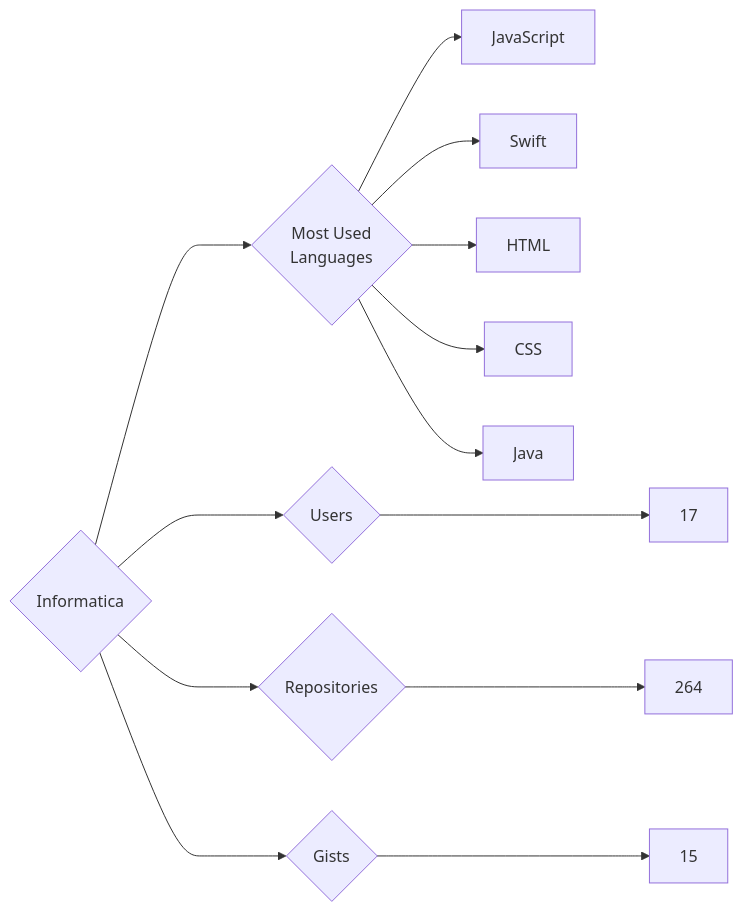
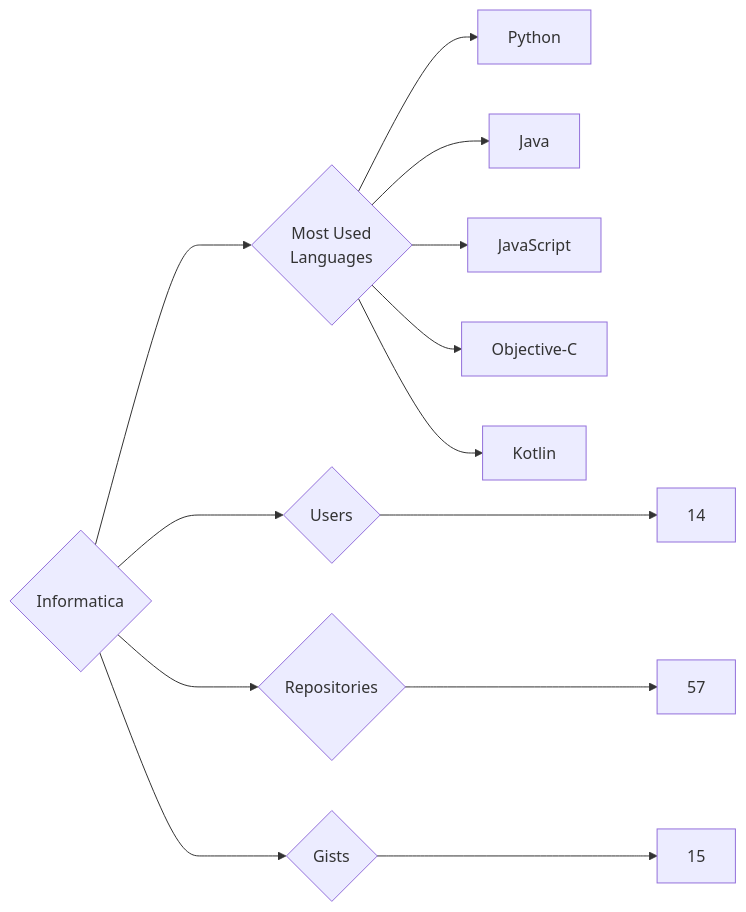
Before and after one commit to trickest/insiders: the diagram in targets/Informatica/README.md, drawn with Mermaid. The commit also changed 1238 other files, not shown here.

````diff
--- a/targets/Informatica/README.md
+++ b/targets/Informatica/README.md
@@ -3,13 +3,13 @@
 ```mermaid
 graph LR
 COMPANY_NAME{Informatica}
-COMPANY_NAME ---> U{Users} ---> UN[17]
-COMPANY_NAME ---> R{Repositories} ---> RN[264]
+COMPANY_NAME ---> U{Users} ---> UN[14]
+COMPANY_NAME ---> R{Repositories} ---> RN[57]
 COMPANY_NAME ---> G{Gists} ---> GN[15]
 COMPANY_NAME ---> ML{Most Used<br>Languages}
+ML --> Python[Python]
+ML --> Java[Java]
 ML --> JavaScript[JavaScript]
-ML --> Swift[Swift]
-ML --> HTML[HTML]
-ML --> CSS[CSS]
-ML --> Java[Java]
+ML --> Objective-C[Objective-C]
+ML --> Kotlin[Kotlin]
 ```
````
